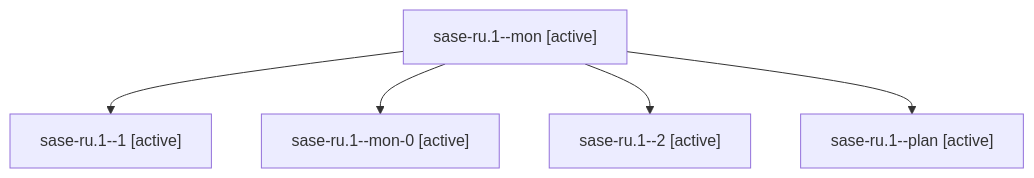
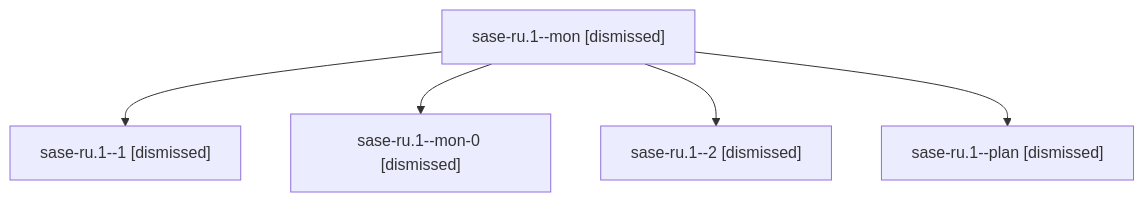
Before and after one commit to sase-org/sase--agents: the diagram in sessions/bbugyi200.athena.sase-ru.1.md, drawn with Mermaid. The commit also changed other lines of this file and 127 other files, not shown here.

````diff
--- a/sessions/bbugyi200.athena.sase-ru.1.md
+++ b/sessions/bbugyi200.athena.sase-ru.1.md
@@ -9,12 +9,12 @@
 ```mermaid
 flowchart TD
-  n0["sase-ru.1--mon [active]"]
-  n1["sase-ru.1--1 [active]"]
+  n0["sase-ru.1--mon [dismissed]"]
+  n1["sase-ru.1--1 [dismissed]"]
   n0 --> n1
-  n2["sase-ru.1--mon-0 [active]"]
+  n2["sase-ru.1--mon-0 [dismissed]"]
   n0 --> n2
-  n3["sase-ru.1--2 [active]"]
+  n3["sase-ru.1--2 [dismissed]"]
   n0 --> n3
-  n4["sase-ru.1--plan [active]"]
+  n4["sase-ru.1--plan [dismissed]"]
   n0 --> n4
 ```
````
